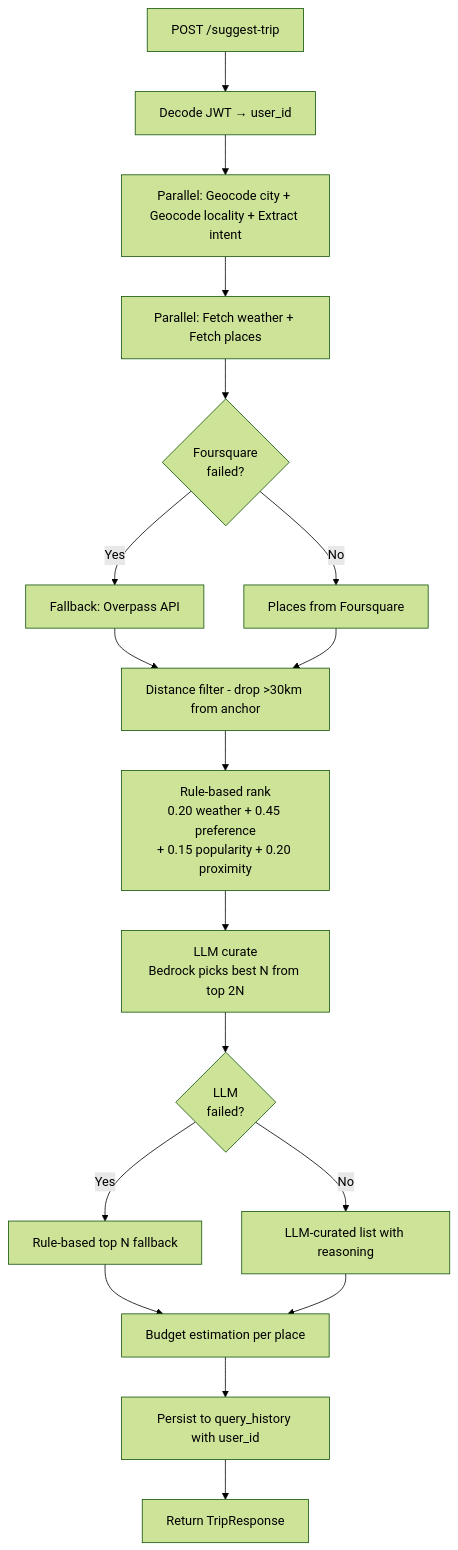
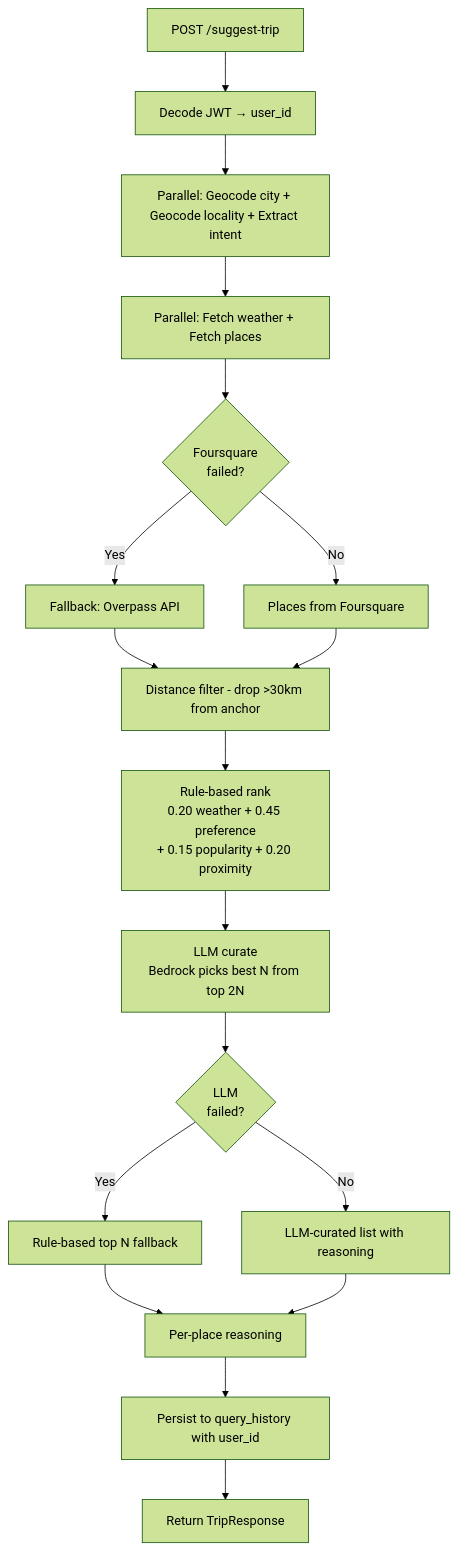
One commit to RAMKI-2002/LocalTravelSuggester_V2.0 changed the first of 3 diagrams in docs/architecture.md. Above: the diagram before and after it, drawn with Mermaid (forest theme). The commit also changed other lines of this file and 17 other files, not shown here.

First line of the commit message:
feat: remove unreliable per-place budget estimation

````diff
--- a/docs/architecture.md
+++ b/docs/architecture.md
@@ -73,20 +73,20 @@
 ```mermaid
 flowchart TD
     A["POST /suggest-trip"] --> B["Decode JWT → user_id"]
     B --> C["Parallel: Geocode city + Geocode locality + Extract intent"]
     C --> D["Parallel: Fetch weather + Fetch places"]
     D --> E{"Foursquare\nfailed?"}
     E -- Yes --> F["Fallback: Overpass API"]
     E -- No --> G["Places from Foursquare"]
     F --> H["Distance filter - drop >30km from anchor"]
     G --> H
     H --> I["Rule-based rank\n0.20 weather + 0.45 preference\n+ 0.15 popularity + 0.20 proximity"]
     I --> J["LLM curate\nBedrock picks best N from top 2N"]
     J --> K{"LLM\nfailed?"}
     K -- Yes --> L["Rule-based top N fallback"]
     K -- No --> M["LLM-curated list with reasoning"]
-    L --> N["Budget estimation per place"]
+    L --> N["Per-place reasoning"]
     M --> N
     N --> O["Persist to query_history with user_id"]
     O --> P["Return TripResponse"]
 ```
````
